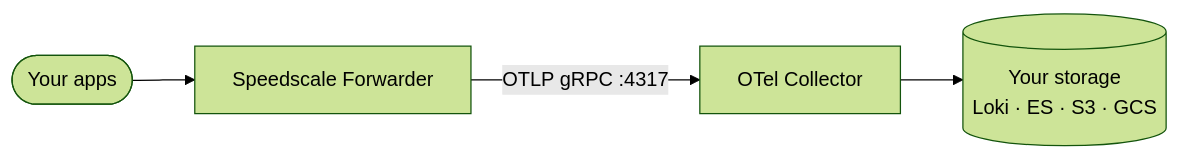
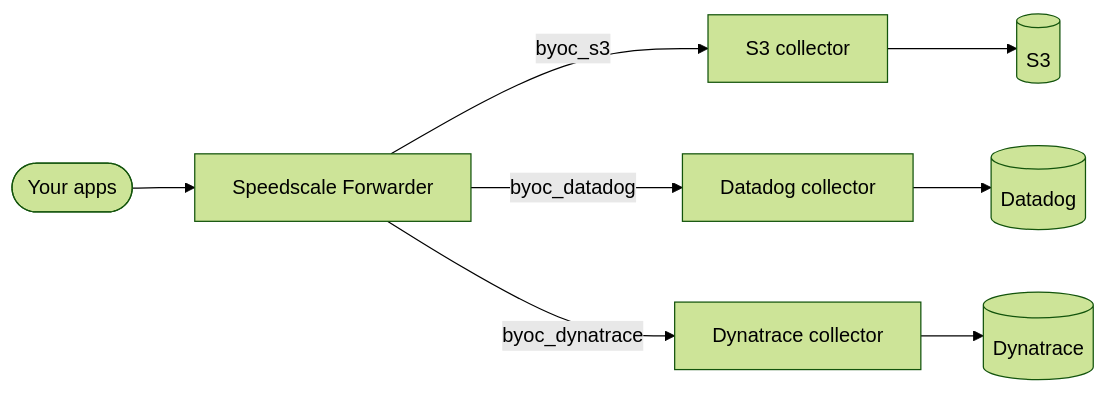
The diagram in docs/guides/byoc.md (speedscale/docs), drawn with Mermaid (forest theme) before and after one commit. The commit also changed other lines of this file and 23 other files, not shown here.

````diff
--- a/docs/guides/byoc.md
+++ b/docs/guides/byoc.md
@@ -20,6 +20,10 @@
 ```mermaid
 flowchart LR
     apps([Your apps]) --> fwd[Speedscale Forwarder]
-    fwd -->|OTLP gRPC :4317| col[OTel Collector]
-    col --> storage[(Your storage<br/>Loki · ES · S3 · GCS)]
+    fwd -->|byoc_s3| s3col[S3 collector]
+    fwd -->|byoc_datadog| ddcol[Datadog collector]
+    fwd -->|byoc_dynatrace| dtcol[Dynatrace collector]
+    s3col --> s3[(S3)]
+    ddcol --> dd[(Datadog)]
+    dtcol --> dt[(Dynatrace)]
 ```
````
